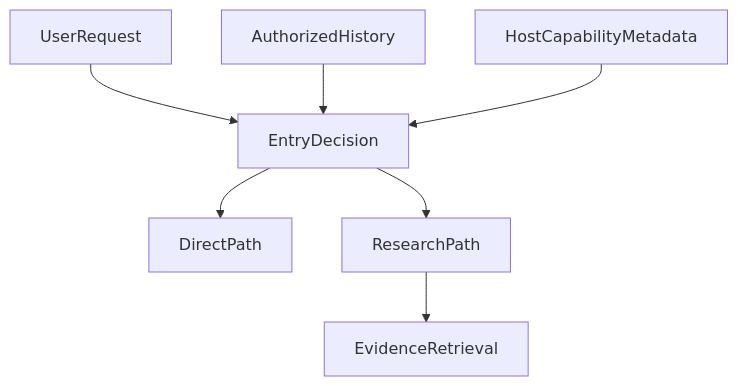
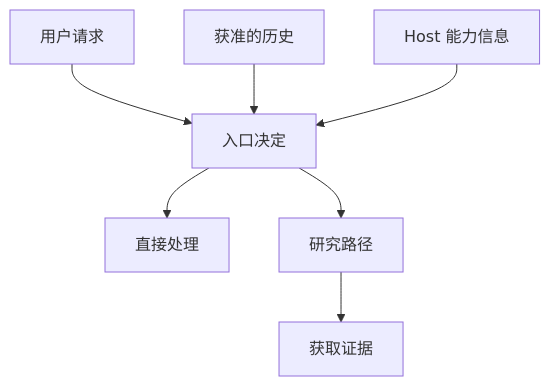
One commit to hpoenixf/eff-agent-article changed the fourth of 6 diagrams in articles/022-agent-entry-from-intent-to-direct-research.md. Above: the diagram before and after it, drawn with Mermaid. The commit also changed other lines of this file and 52 other files, not shown here.

Commit message:
docs: localize diagrams and clarify flagship guides

````diff
--- a/articles/022-agent-entry-from-intent-to-direct-research.md
+++ b/articles/022-agent-entry-from-intent-to-direct-research.md
@@ -378,9 +378,9 @@
 ```mermaid
 graph TD
-UserRequest --> EntryDecision
-AuthorizedHistory --> EntryDecision
-HostCapabilityMetadata --> EntryDecision
-EntryDecision --> DirectPath
-EntryDecision --> ResearchPath
-ResearchPath --> EvidenceRetrieval
+UserRequest["用户请求"] --> EntryDecision["入口决定"]
+AuthorizedHistory["获准的历史"] --> EntryDecision
+HostCapabilityMetadata["Host 能力信息"] --> EntryDecision
+EntryDecision --> DirectPath["直接处理"]
+EntryDecision --> ResearchPath["研究路径"]
+ResearchPath --> EvidenceRetrieval["获取证据"]
 ```
````
